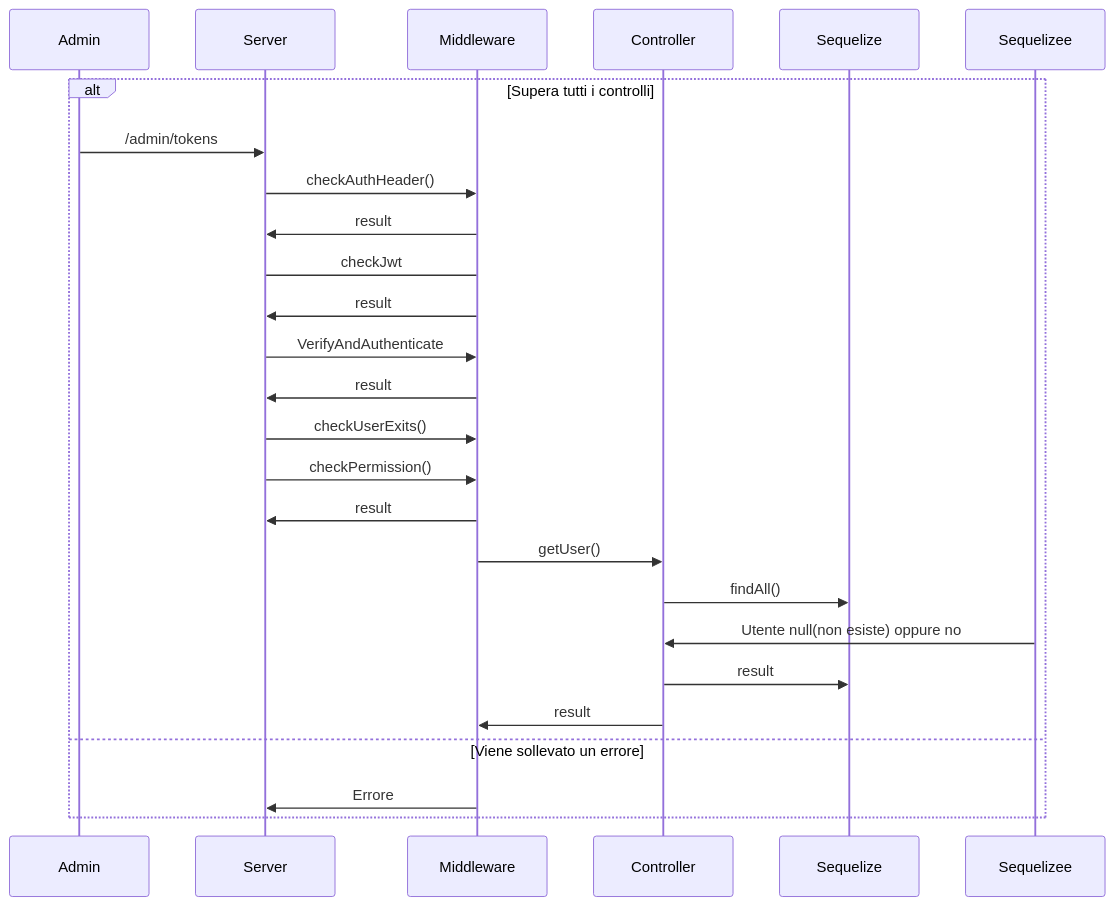
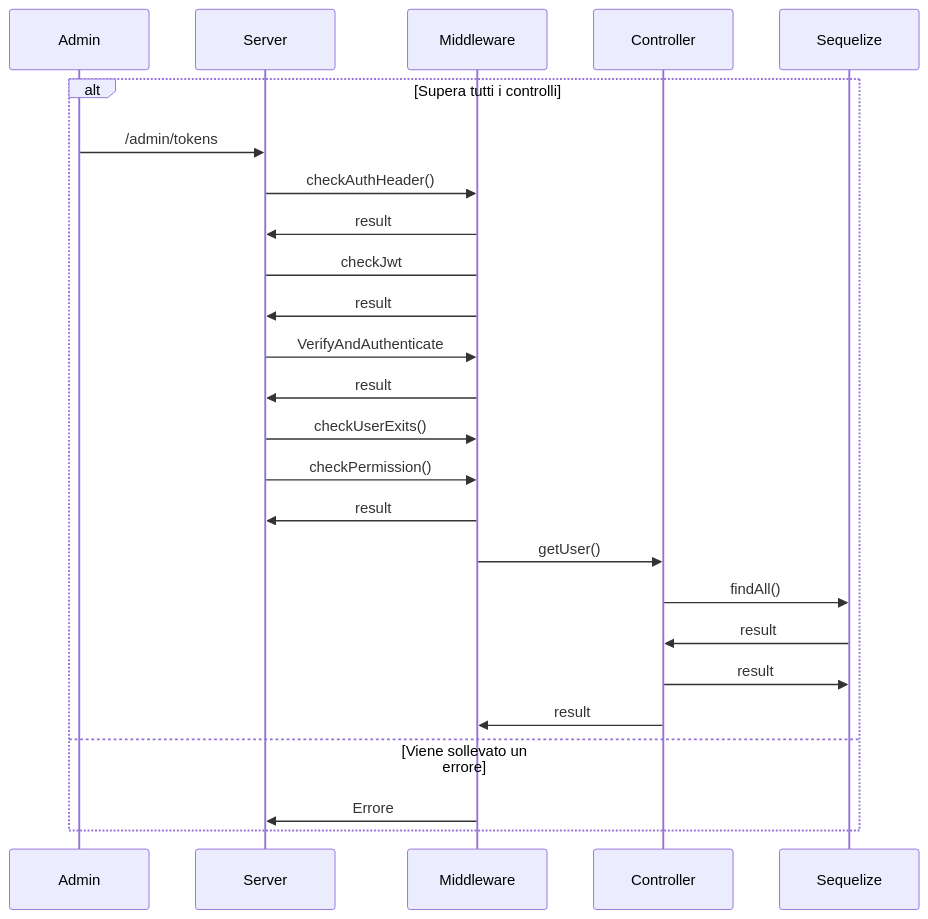
One commit to AgneseBruglia/PA2024 changed the fifth of 7 diagrams in README.md. Above: the diagram before and after it, drawn with Mermaid.

````diff
--- a/README.md
+++ b/README.md
@@ -262,22 +262,22 @@
 ```mermaid
 sequenceDiagram
     alt Supera tutti i controlli
         Admin->>Server: /admin/tokens
         Server->>Middleware: checkAuthHeader()
         Middleware->>Server: result
         Server->Middleware: checkJwt
         Middleware->>Server: result
         Server->>Middleware: VerifyAndAuthenticate 
         Middleware->>Server: result
         Server->>Middleware: checkUserExits()
         Server->>Middleware: checkPermission()
         Middleware->>Server: result 
         Middleware->>Controller: getUser()
         Controller->>Sequelize: findAll()
-        Sequelizee->>Controller: Utente null(non esiste) oppure no
+        Sequelize->>Controller: result
         Controller->>Sequelize: result
         Controller->>Middleware: result
     else Viene sollevato un errore
         Middleware->>Server: Errore
     end
 ```
````
